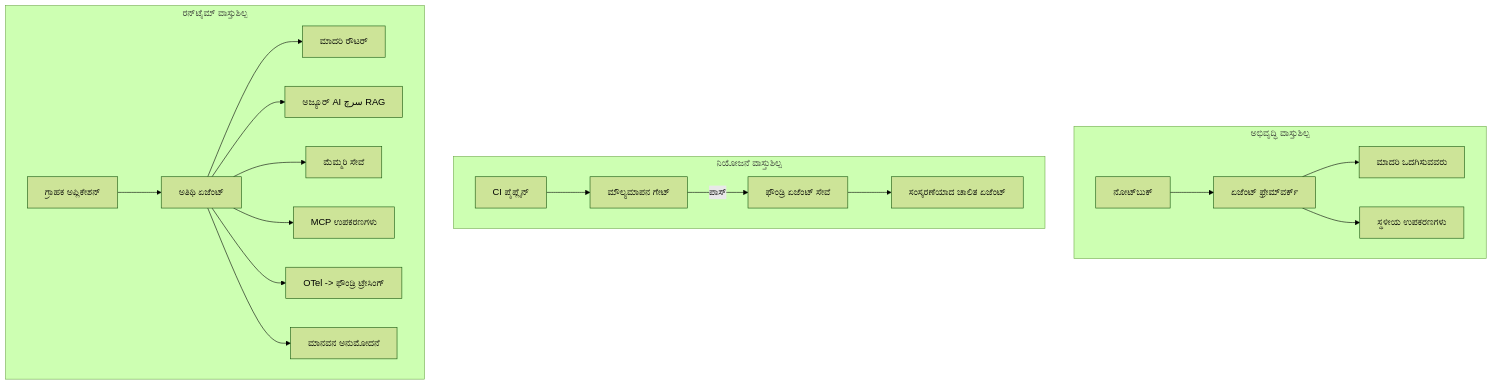
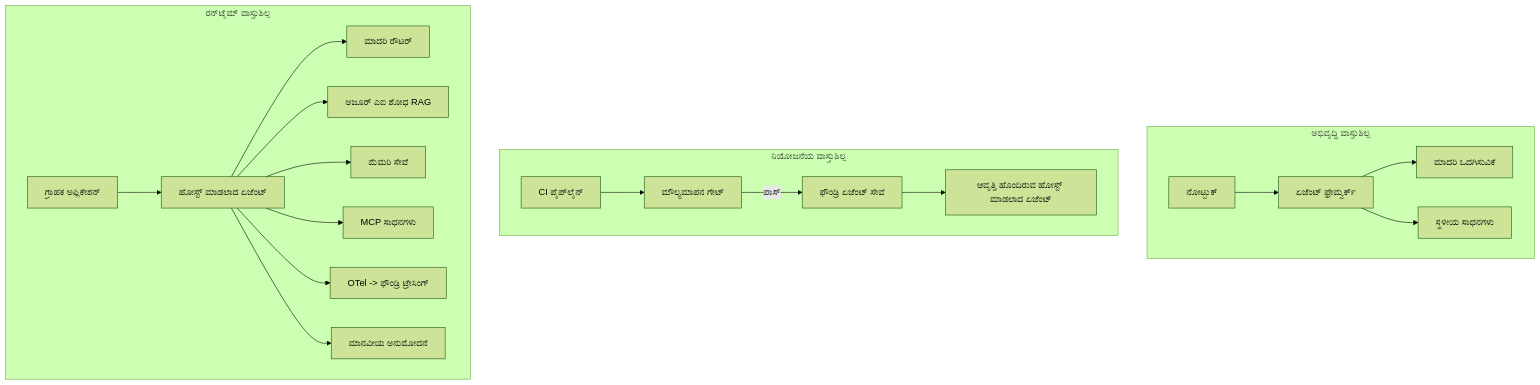
Before and after one commit to gabrielmoreira/agent-skills-mirror: the fourth of 4 diagrams in mirrors/repos/microsoft@ai-agents-for-beginners/translations/kn/16-deploying-scalable-agents/README.md, drawn with Mermaid (forest theme). The commit also changed other lines of this file and 4262 other files, not shown here.

````diff
--- a/mirrors/repos/microsoft@ai-agents-for-beginners/translations/kn/16-deploying-scalable-agents/README.md
+++ b/mirrors/repos/microsoft@ai-agents-for-beginners/translations/kn/16-deploying-scalable-agents/README.md
@@ -185,22 +185,22 @@
 ```mermaid
 flowchart TB
     subgraph Dev[ಅಭಿವೃದ್ಧಿ ವಾಸ್ತುಶಿಲ್ಪ]
-        D1[ನೋಟ್‌ಬುಕ್] --> D2[ಏಜೆಂಟ್ ಫ್ರೇಮ್‌ವರ್ಕ್]
-        D2 --> D3[ಮಾದರಿ ಒದಗಿಸುವವರು]
-        D2 --> D4[ಸ್ಥಳೀಯ ಉಪಕರಣಗಳು]
+        D1[ನೋಟ್ಬುಕ್] --> D2[ಏಜೆಂಟ್ ಫ್ರೇಮ್ವರ್ಕ್]
+        D2 --> D3[ಮಾದರಿ ಒದಗಿಸುವಿಕೆ]
+        D2 --> D4[ಸ್ಥಳೀಯ ಸಾಧನಗಳು]
     end
-    subgraph Deploy[ನಿಯೋಜನೆ ವಾಸ್ತುಶಿಲ್ಪ]
-        E1[CI ಪೈಪ್ಲೈನ್] --> E2[ಮೌಲ್ಯಮಾಪನ ಗೇಟ್]
+    subgraph Deploy[ನಿಯೋಜನೆಯ ವಾಸ್ತುಶಿಲ್ಪ]
+        E1[CI ಪೈಪ್‌ಲೈನ್] --> E2[ಮೌಲ್ಯಮಾಪನ ಗೇಟ್]
         E2 -->|ಪಾಸ್| E3[ಫೌಂಡ್ರಿ ಏಜೆಂಟ್ ಸೇವೆ]
-        E3 --> E4[ಸಂಸ್ಕರಣೆಯಾದ ಚಾಲಿತ ಏಜೆಂಟ್]
+        E3 --> E4[ಆವೃತ್ತಿ ಹೊಂದಿರುವ ಹೋಸ್ಟ್ ಮಾಡಲಾದ ಏಜೆಂಟ್]
     end
     subgraph Run[ರನ್‌ಟೈಮ್ ವಾಸ್ತುಶಿಲ್ಪ]
-        F1[ಗ್ರಾಹಕ ಅಪ್ಲಿಕೇಶನ್] --> F2[ಅತಿಥಿ ಏಜೆಂಟ್]
+        F1[ಗ್ರಾಹಕ ಅಪ್ಲಿಕೇಶನ್] --> F2[ಹೋಸ್ಟ್ ಮಾಡಲಾದ ಏಜೆಂಟ್]
         F2 --> F3[ಮಾದರಿ ರೌಟರ್]
-        F2 --> F4[ಅಜ್ಯೂರ್ AI سرچ RAG]
-        F2 --> F5[ಮೆಮ್ಮರಿ ಸೇವೆ]
-        F2 --> F6[MCP ಉಪಕರಣಗಳು]
+        F2 --> F4[ಅಜೂರ್ ಎಐ ಶೋಧ RAG]
+        F2 --> F5[ಮೆಮರಿ ಸೇವೆ]
+        F2 --> F6[MCP ಸಾಧನಗಳು]
         F2 --> F7[OTel -> ಫೌಂಡ್ರಿ ಟ್ರೇಸಿಂಗ್]
-        F2 --> F8[ಮಾನವನ ಅನುಮೋದನೆ]
+        F2 --> F8[ಮಾನವೀಯ ಅನುಮೋದನೆ]
     end
 ```
````
